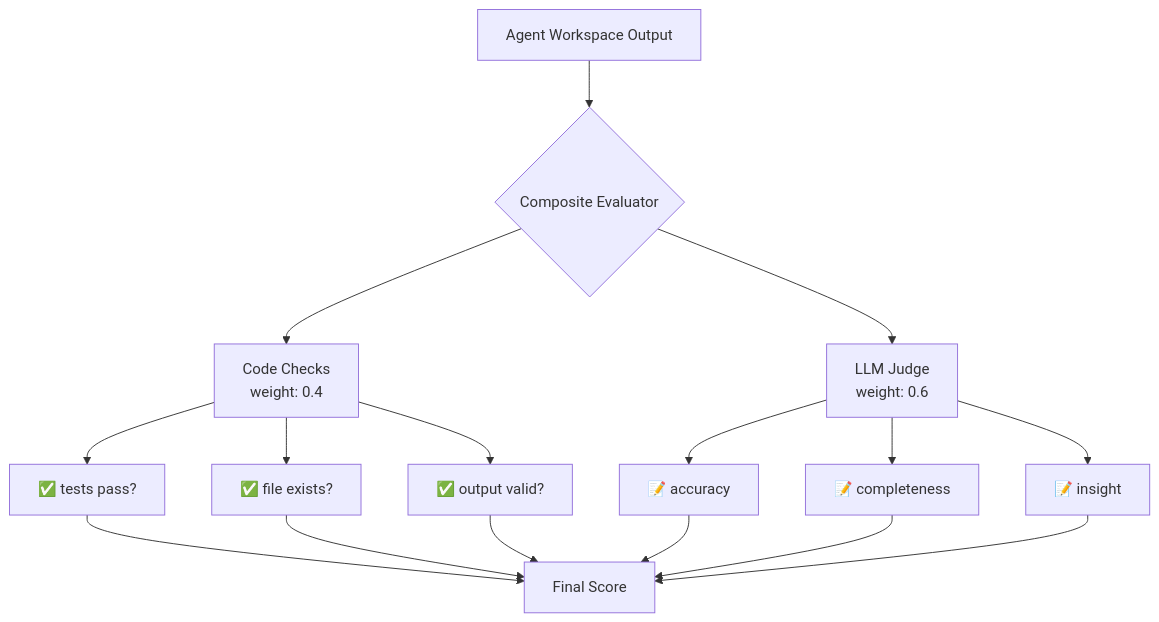
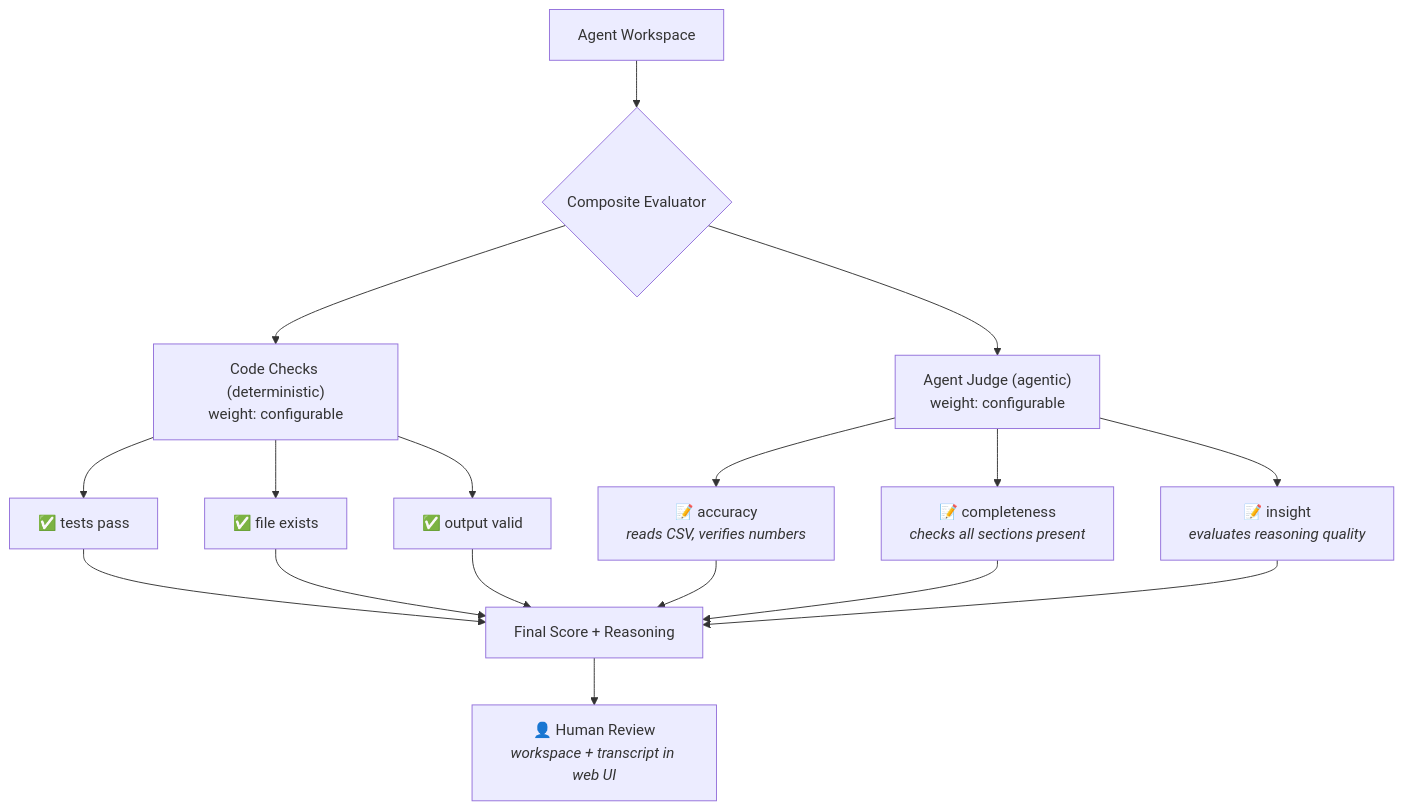
One commit to xufanglin/auto-agent-eval changed the third of 4 diagrams in README.md. Above: the diagram before and after it, drawn with Mermaid. The commit also changed other lines of this file, not shown here.

Commit message:
README: elevate Agent-as-Judge concept, incorporate Anthropic eval principles

````diff
--- a/README.md
+++ b/README.md
@@ -41,18 +79,20 @@
 ```mermaid
 flowchart TB
-    W[Agent Workspace Output] --> C{Composite Evaluator}
+    W[Agent Workspace] --> C{Composite Evaluator}
 
-    C --> D[Code Checks<br/>weight: 0.4]
-    C --> L[LLM Judge<br/>weight: 0.6]
+    C --> D["Code Checks (deterministic)<br/>weight: configurable"]
+    C --> A["Agent Judge (agentic)<br/>weight: configurable"]
 
-    D --> D1[✅ tests pass?]
-    D --> D2[✅ file exists?]
-    D --> D3[✅ output valid?]
+    D --> D1["✅ tests pass"]
+    D --> D2["✅ file exists"]
+    D --> D3["✅ output valid"]
 
-    L --> L1[📝 accuracy]
-    L --> L2[📝 completeness]
-    L --> L3[📝 insight]
+    A --> A1["📝 accuracy<br/><i>reads CSV, verifies numbers</i>"]
+    A --> A2["📝 completeness<br/><i>checks all sections present</i>"]
+    A --> A3["📝 insight<br/><i>evaluates reasoning quality</i>"]
 
-    D1 & D2 & D3 --> S[Final Score]
-    L1 & L2 & L3 --> S
+    D1 & D2 & D3 --> S["Final Score + Reasoning"]
+    A1 & A2 & A3 --> S
+
+    S --> H["👤 Human Review<br/><i>workspace + transcript in web UI</i>"]
 ```
````
